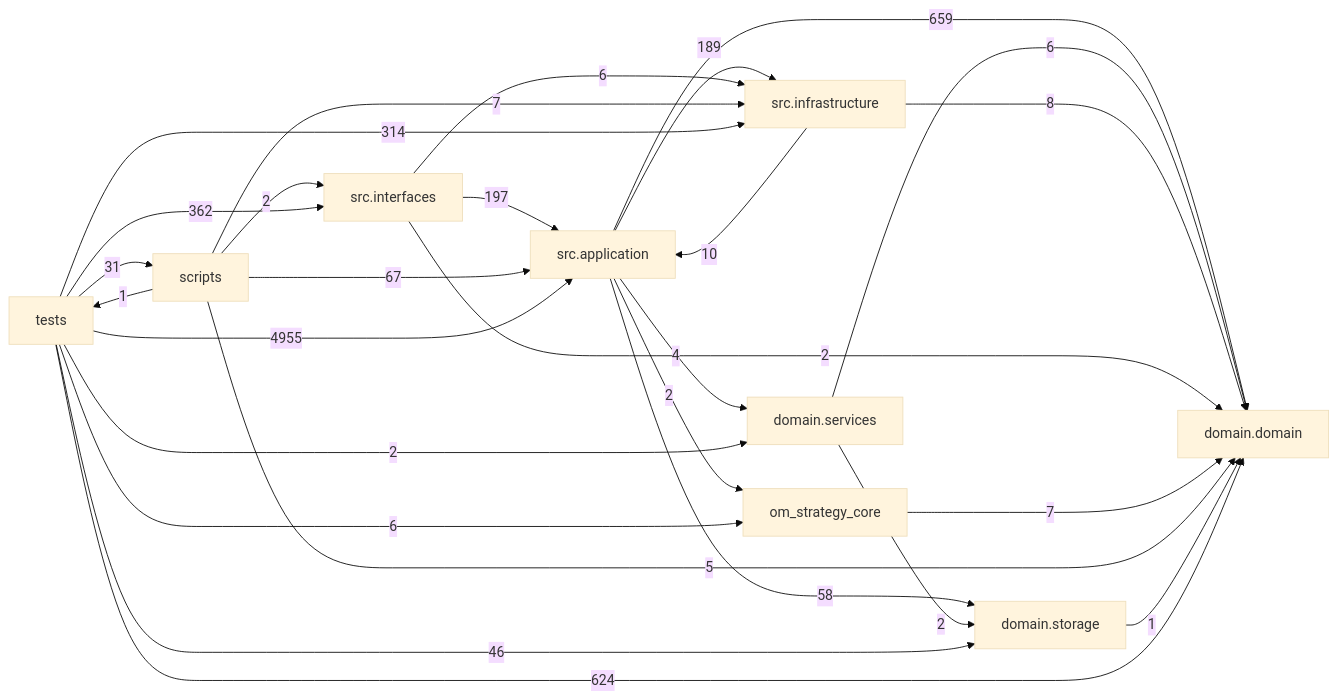
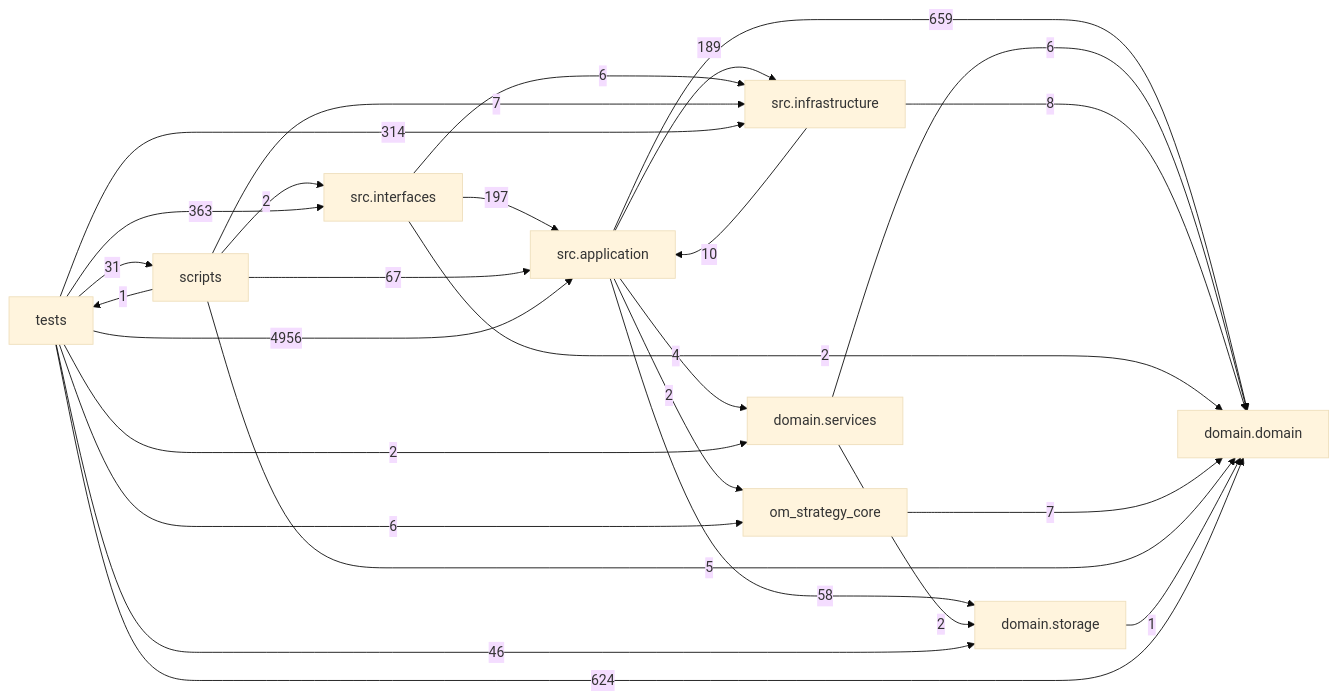
One commit to liuxie066/options-monitor changed the diagram in docs/DEPENDENCY_GRAPH.md. Above: the diagram before and after it, drawn with Mermaid (base theme). The commit also changed other lines of this file and 4 other files, not shown here.

````diff
--- a/docs/DEPENDENCY_GRAPH.md
+++ b/docs/DEPENDENCY_GRAPH.md
@@ -24,38 +24,38 @@
 ```mermaid
 flowchart LR
   tests["tests"]
   scripts["scripts"]
   interfaces["src.interfaces"]
   application["src.application"]
   infrastructure["src.infrastructure"]
   domain_services["domain.services"]
   domain["domain.domain"]
   storage["domain.storage"]
   application -->|659| domain
   application -->|4| domain_services
   application -->|189| infrastructure
   application -->|2| om_strategy_core
   application -->|58| storage
   domain_services -->|6| domain
   domain_services -->|2| storage
   infrastructure -->|10| application
   infrastructure -->|8| domain
   interfaces -->|197| application
   interfaces -->|2| domain
   interfaces -->|6| infrastructure
   om_strategy_core -->|7| domain
   scripts -->|67| application
   scripts -->|5| domain
   scripts -->|7| infrastructure
   scripts -->|2| interfaces
   scripts -->|1| tests
   storage -->|1| domain
-  tests -->|4955| application
+  tests -->|4956| application
   tests -->|624| domain
   tests -->|2| domain_services
   tests -->|314| infrastructure
-  tests -->|362| interfaces
+  tests -->|363| interfaces
   tests -->|6| om_strategy_core
   tests -->|31| scripts
   tests -->|46| storage
 ```
````
